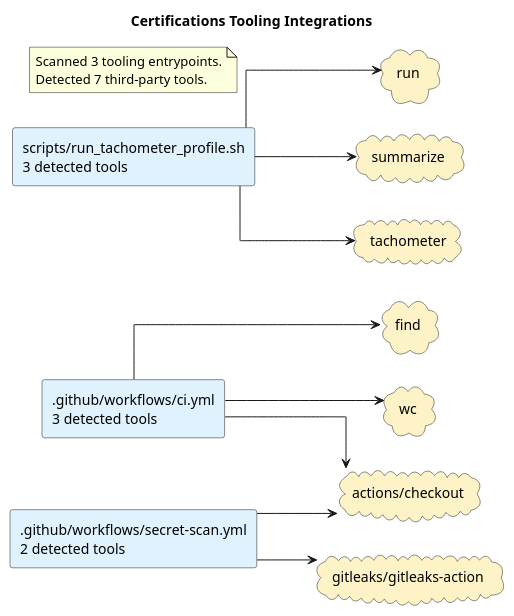
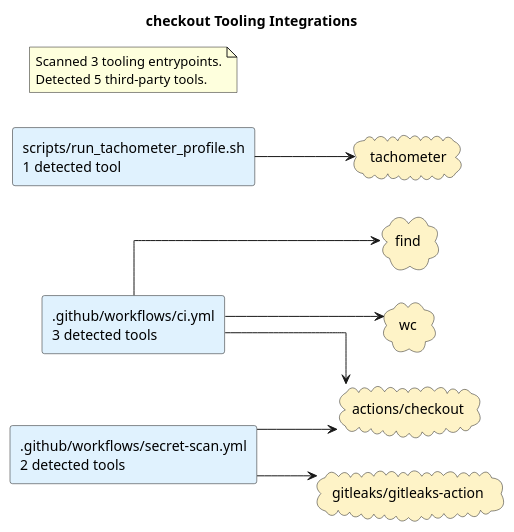
The diagram in docs/diagrams/tooling-integrations.puml (casonk/Certifications), drawn with PlantUML before and after one commit. The commit also changed 5 other files, not shown here.

Commit message:
docs: refresh generated architecture diagrams (#11)

```diff
--- a/docs/diagrams/tooling-integrations.puml
+++ b/docs/diagrams/tooling-integrations.puml
@@ -1,30 +1,26 @@
 @startuml
-title Certifications Tooling Integrations
+title checkout Tooling Integrations
 left to right direction
 skinparam shadowing false
 skinparam defaultFontName Monospace
 skinparam componentStyle rectangle
 skinparam linetype ortho
 rectangle ".github/workflows/ci.yml\n3 detected tools" as source_github_workflows_ci_yml #E0F2FE
 rectangle ".github/workflows/secret-scan.yml\n2 detected tools" as source_github_workflows_secret_scan_yml #E0F2FE
-rectangle "scripts/run_tachometer_profile.sh\n3 detected tools" as source_scripts_run_tachometer_profile_sh #E0F2FE
+rectangle "scripts/run_tachometer_profile.sh\n1 detected tool" as source_scripts_run_tachometer_profile_sh #E0F2FE
 cloud "actions/checkout" as tool_actions_checkout #FEF3C7
 cloud "find" as tool_find #FEF3C7
 cloud "gitleaks/gitleaks-action" as tool_gitleaks_gitleaks_action #FEF3C7
-cloud "run" as tool_run #FEF3C7
-cloud "summarize" as tool_summarize #FEF3C7
 cloud "tachometer" as tool_tachometer #FEF3C7
 cloud "wc" as tool_wc #FEF3C7
 source_github_workflows_ci_yml --> tool_actions_checkout
 source_github_workflows_ci_yml --> tool_find
 source_github_workflows_ci_yml --> tool_wc
 source_github_workflows_secret_scan_yml --> tool_actions_checkout
 source_github_workflows_secret_scan_yml --> tool_gitleaks_gitleaks_action
-source_scripts_run_tachometer_profile_sh --> tool_run
-source_scripts_run_tachometer_profile_sh --> tool_summarize
 source_scripts_run_tachometer_profile_sh --> tool_tachometer
 note as toolingGraphSummary
 Scanned 3 tooling entrypoints.
-Detected 7 third-party tools.
+Detected 5 third-party tools.
 end note
 @enduml
```
